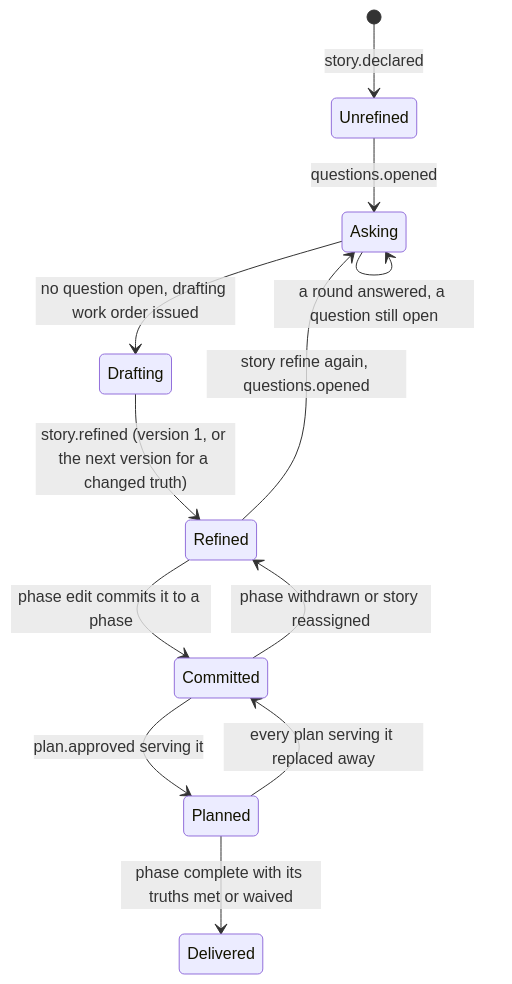
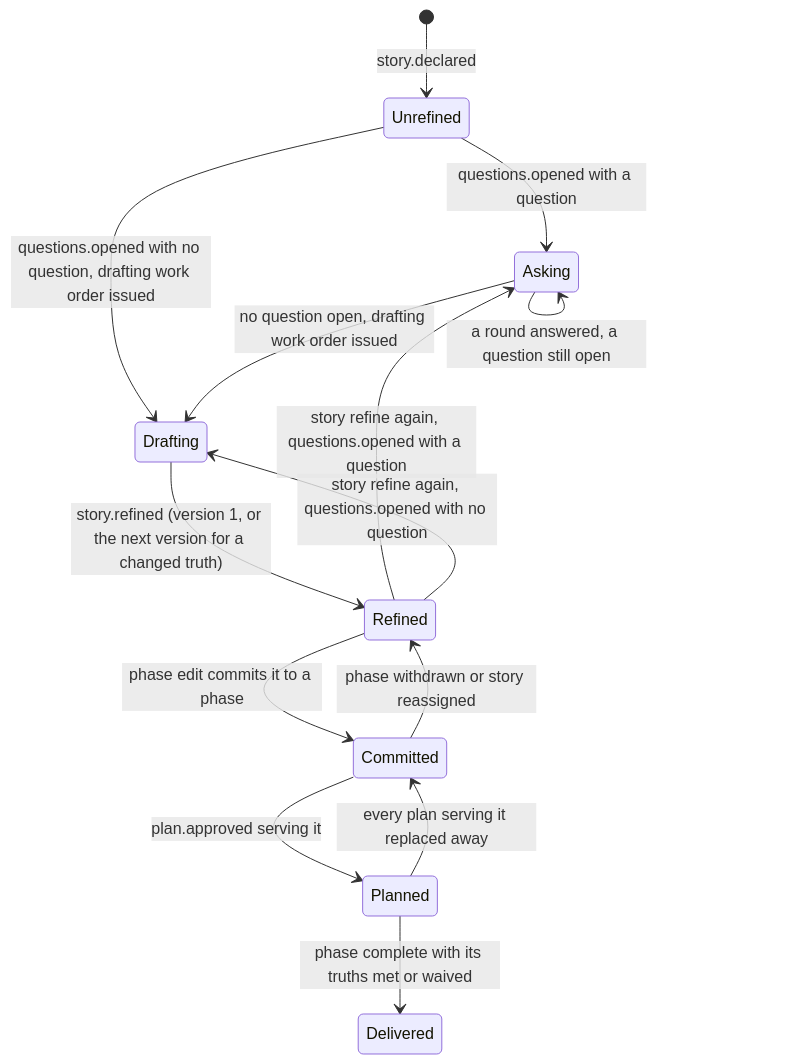
Before and after one commit to jcrenshaw-dev/baley: the first of 8 diagrams in docs/design/0005-context-plans-and-acceptance.md, drawn with Mermaid. The commit also changed other lines of this file, not shown here.

````diff
--- a/docs/design/0005-context-plans-and-acceptance.md
+++ b/docs/design/0005-context-plans-and-acceptance.md
@@ -342,14 +342,16 @@
 ```mermaid
 stateDiagram-v2
   [*] --> Unrefined: story.declared
-  Unrefined --> Asking: questions.opened
+  Unrefined --> Asking: questions.opened with a question
+  Unrefined --> Drafting: questions.opened with no question, drafting work order issued
   Asking --> Asking: a round answered, a question still open
   Asking --> Drafting: no question open, drafting work order issued
   Drafting --> Refined: story.refined (version 1, or the next version for a changed truth)
-  Refined --> Asking: story refine again, questions.opened
+  Refined --> Asking: story refine again, questions.opened with a question
+  Refined --> Drafting: story refine again, questions.opened with no question
   Refined --> Committed: phase edit commits it to a phase
   Committed --> Refined: phase withdrawn or story reassigned
   Committed --> Planned: plan.approved serving it
   Planned --> Committed: every plan serving it replaced away
   Planned --> Delivered: phase complete with its truths met or waived
 ```
````
